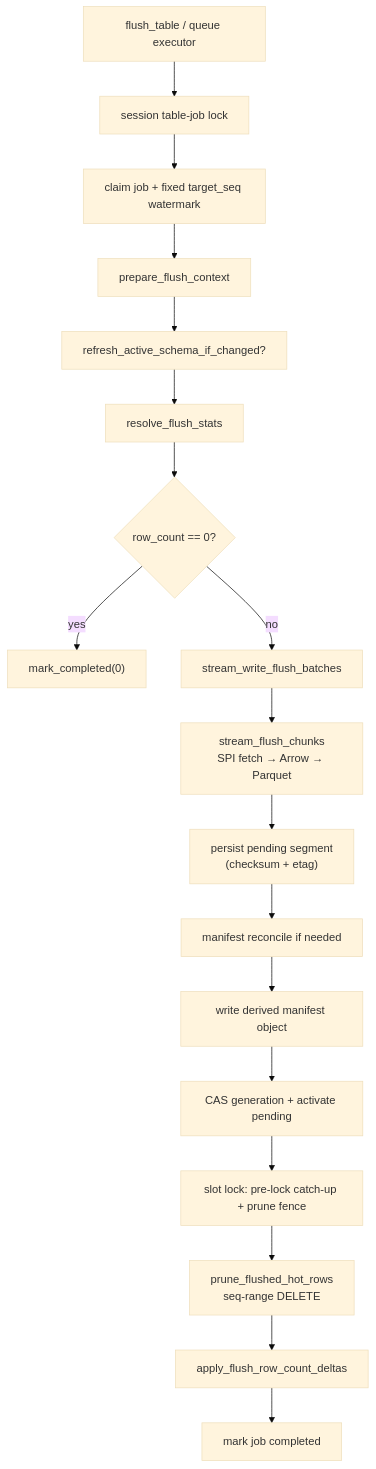
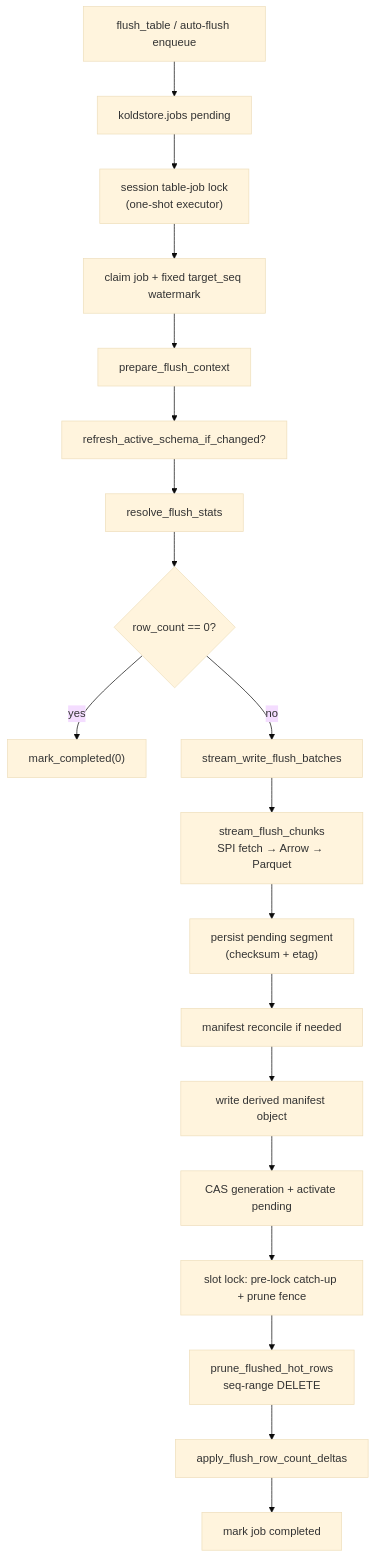
Before and after one commit to kalamdb/koldstore: the diagram in docs/architecture/flushing-table.md, drawn with Mermaid (base theme). The commit also changed other lines of this file and 27 other files, not shown here.

First line of the commit message:
Skip undersized flush jobs and fix queue job progress tracking.

````diff
--- a/docs/architecture/flushing-table.md
+++ b/docs/architecture/flushing-table.md
@@ -21,20 +26,21 @@
 ```mermaid
 flowchart TD
-  A["flush_table / queue executor"] --> B["session table-job lock"]
+  A["flush_table / auto-flush enqueue"] --> Q["koldstore.jobs pending"]
+  Q --> B["session table-job lock\n(one-shot executor)"]
   B --> C["claim job + fixed target_seq watermark"]
   C --> D["prepare_flush_context"]
   D --> E["refresh_active_schema_if_changed?"]
   E --> F["resolve_flush_stats"]
   F --> G{row_count == 0?}
   G -->|yes| H["mark_completed(0)"]
   G -->|no| I["stream_write_flush_batches"]
   I --> J["stream_flush_chunks\nSPI fetch → Arrow → Parquet"]
   J --> K["persist pending segment\n(checksum + etag)"]
   K --> L["manifest reconcile if needed"]
   L --> M["write derived manifest object"]
   M --> N["CAS generation + activate pending"]
   N --> O["slot lock: pre-lock catch-up + prune fence"]
   O --> P["prune_flushed_hot_rows\nseq-range DELETE"]
-  P --> Q["apply_flush_row_count_deltas"]
-  Q --> R["mark job completed"]
+  P --> Q2["apply_flush_row_count_deltas"]
+  Q2 --> R["mark job completed"]
 ```
````
